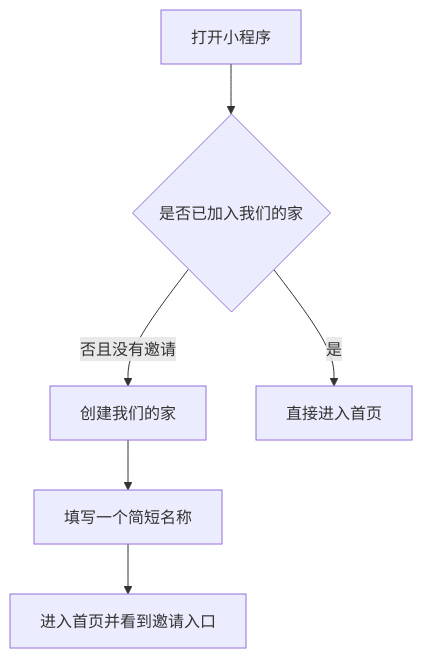
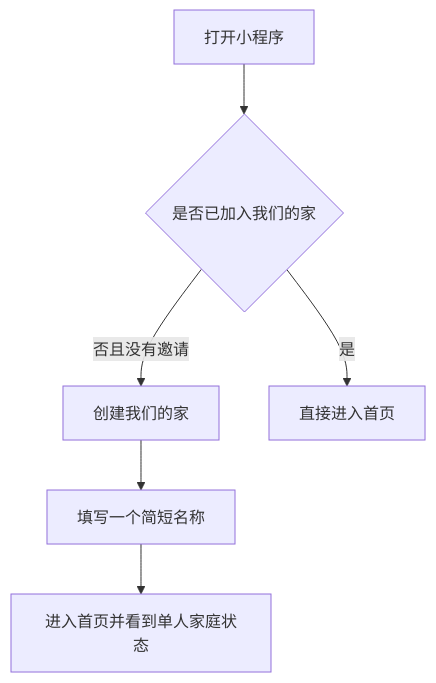
One commit to MonsterBreeder/Cohabitation-Life changed the first of 2 diagrams in docs/plans/2026-08-13-001-feat-mvp-product-design-plan.md. Above: the diagram before and after it, drawn with Mermaid. The commit also changed other lines of this file and 97 other files, not shown here.

````diff
--- a/docs/plans/2026-08-13-001-feat-mvp-product-design-plan.md
+++ b/docs/plans/2026-08-13-001-feat-mvp-product-design-plan.md
@@ -98,8 +98,8 @@
 ```mermaid
 flowchart TD
   A[打开小程序] --> B{是否已加入我们的家}
   B -- 否且没有邀请 --> C[创建我们的家]
   C --> D[填写一个简短名称]
-  D --> E[进入首页并看到邀请入口]
+  D --> E[进入首页并看到单人家庭状态]
   B -- 是 --> F[直接进入首页]
 ```
````
